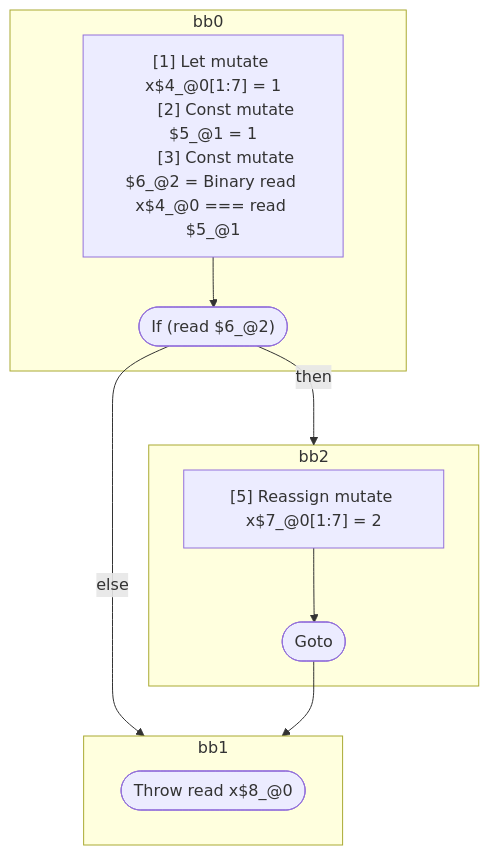
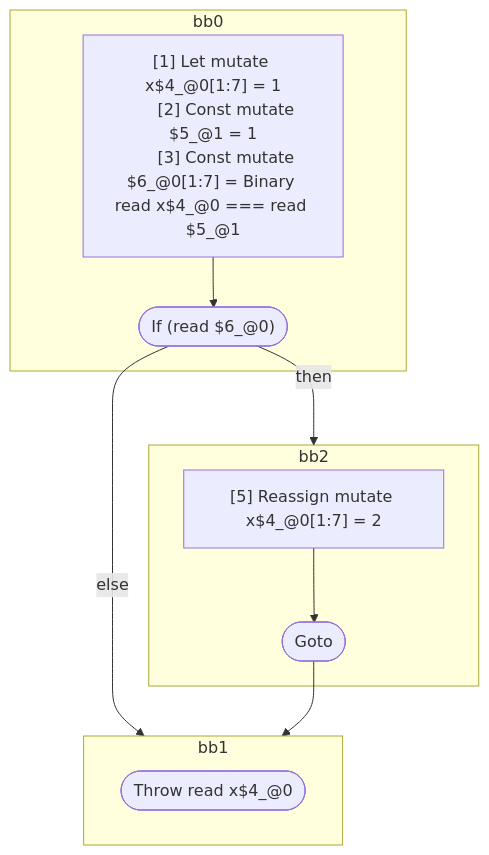
The diagram in compiler/forget/src/__tests__/fixtures/hir/ssa-throw.expect.md (wutsmog/private), drawn with Mermaid before and after one commit. The commit also changed other lines of this file and 61 other files, not shown here.

````diff
--- a/compiler/forget/src/__tests__/fixtures/hir/ssa-throw.expect.md
+++ b/compiler/forget/src/__tests__/fixtures/hir/ssa-throw.expect.md
@@ -37,27 +35,27 @@
 ```mermaid
 flowchart TB
   %% Basic Blocks
   subgraph bb0
     bb0_instrs["
       [1] Let mutate x$4_@0[1:7] = 1
       [2] Const mutate $5_@1 = 1
-      [3] Const mutate $6_@2 = Binary read x$4_@0 === read $5_@1
+      [3] Const mutate $6_@0[1:7] = Binary read x$4_@0 === read $5_@1
     "]
-    bb0_instrs --> bb0_terminal(["If (read $6_@2)"])
+    bb0_instrs --> bb0_terminal(["If (read $6_@0)"])
   end
   subgraph bb2
     bb2_instrs["
-      [5] Reassign mutate x$7_@0[1:7] = 2
+      [5] Reassign mutate x$4_@0[1:7] = 2
     "]
     bb2_instrs --> bb2_terminal(["Goto"])
   end
   subgraph bb1
-    bb1_terminal(["Throw read x$8_@0"])
+    bb1_terminal(["Throw read x$4_@0"])
   end
 
   %% Jumps
   bb0_terminal -- "then" --> bb2
   bb0_terminal -- "else" --> bb1
   bb2_terminal --> bb1
 
 ```
````
